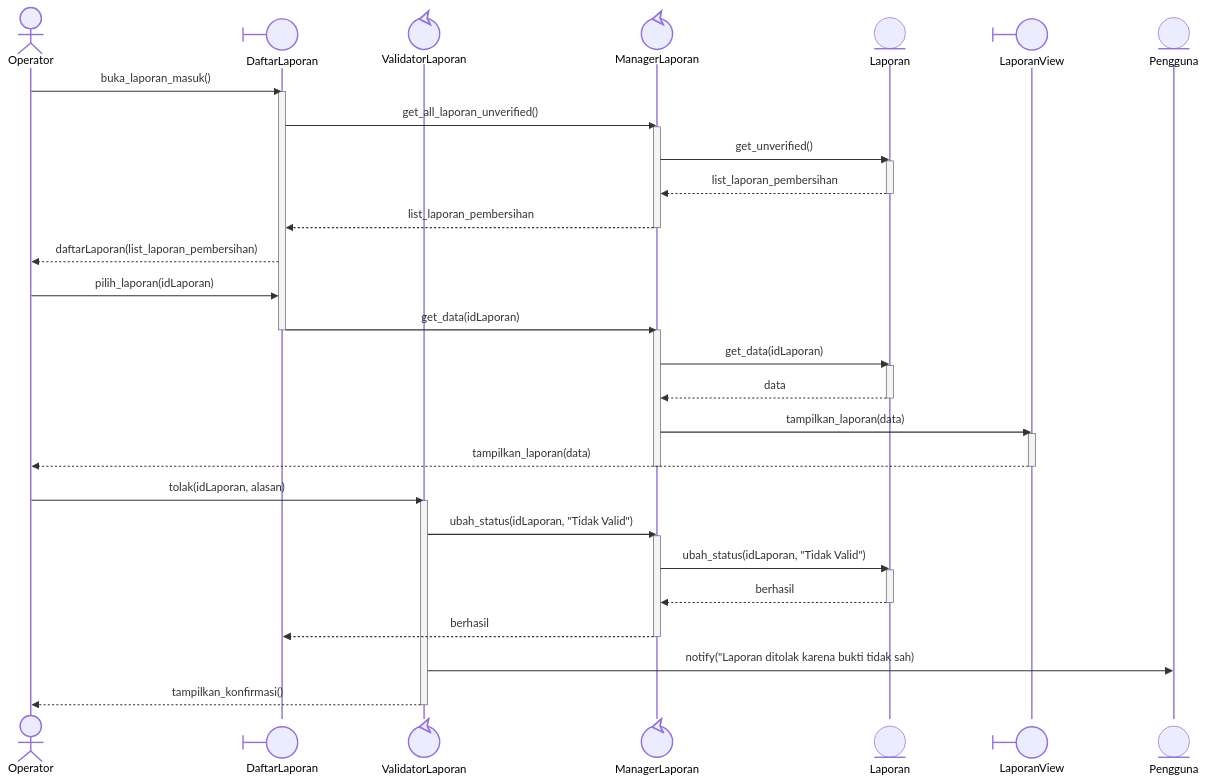
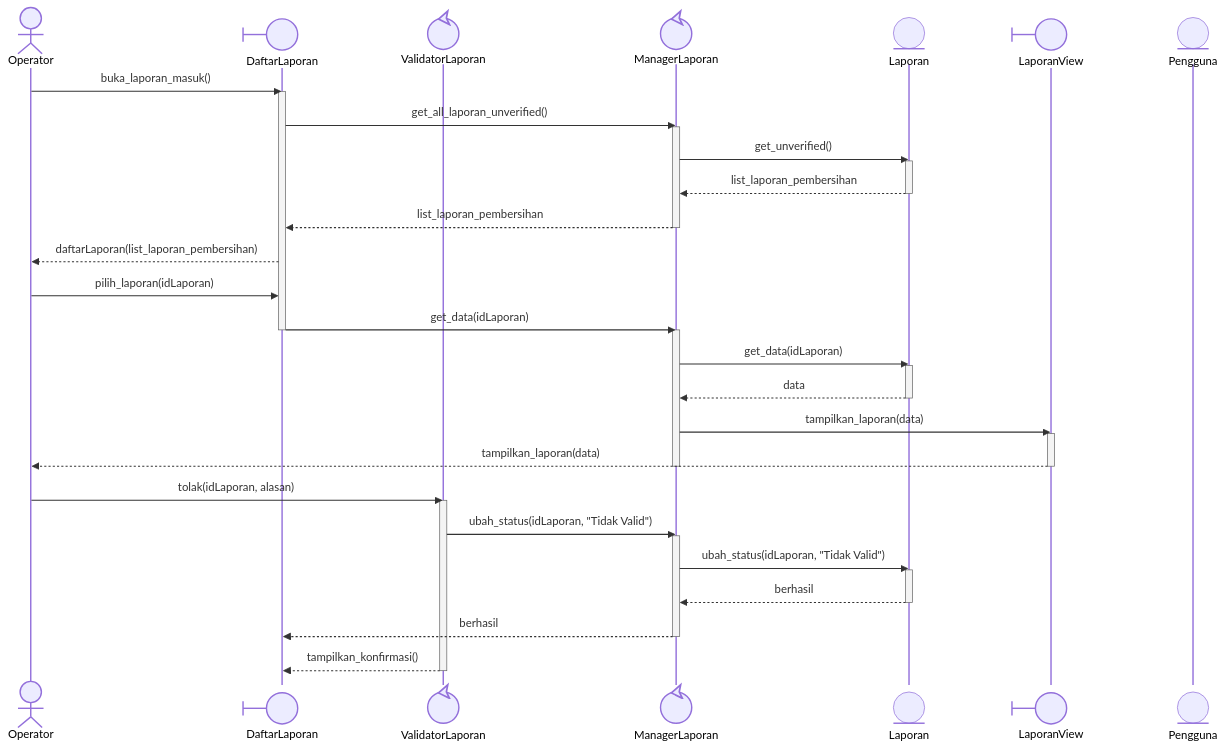
Diagram 20 of 28 in docs/M7/K03_G02_DPPL.md (star-scripter/IF2150-RPL-K03-G02), drawn with Mermaid before and after one commit. The commit also changed other lines of this file, not shown here.

Commit message:
docs: fix seq diagram UC05 and UC06

````diff
--- a/docs/M7/K03_G02_DPPL.md
+++ b/docs/M7/K03_G02_DPPL.md
@@ -1128,53 +1127,52 @@
 ```mermaid
 %%{init: {'themeCSS': '.actor-line { stroke-dasharray: 4, 4; }'}}%%
 sequenceDiagram
     actor O as Operator
     participant DL@{"type":"boundary"} as DaftarLaporan
     participant VL@{"type":"control"} as ValidatorLaporan
     participant ML@{"type":"control"} as ManagerLaporan
     participant L@{"type":"entity"} as Laporan
     participant LV@{"type":"boundary"} as LaporanView
     participant P@{"type":"entity"} as Pengguna
 
     O->>DL: buka_laporan_masuk()
     activate DL
     DL->>ML: get_all_laporan_unverified()
     activate ML
     ML->>L: get_unverified()
     activate L
     L-->>ML: list_laporan_pembersihan
     deactivate L
     ML-->>DL: list_laporan_pembersihan
     deactivate ML
     DL-->>O: daftarLaporan(list_laporan_pembersihan)
 
     O->>DL: pilih_laporan(idLaporan)
     DL->>ML: get_data(idLaporan)
     deactivate DL
     activate ML
     ML->>L: get_data(idLaporan)
     activate L
     L-->>ML: data
     deactivate L
     ML->>LV: tampilkan_laporan(data)
     activate LV
     LV-->>O: tampilkan_laporan(data)
     deactivate LV
     deactivate ML
 
     O->>VL: tolak(idLaporan, alasan)
     activate VL
     VL->>ML: ubah_status(idLaporan, "Tidak Valid")
     activate ML
     ML->>L: ubah_status(idLaporan, "Tidak Valid")
     activate L
     L-->>ML: berhasil
     deactivate L
     ML-->>DL: berhasil
     deactivate ML
 
 
-    VL->>P: notify("Laporan ditolak karena bukti tidak sah)
-    VL-->>O: tampilkan_konfirmasi()
+    VL-->>DL: tampilkan_konfirmasi()
     deactivate VL
 ```
````
